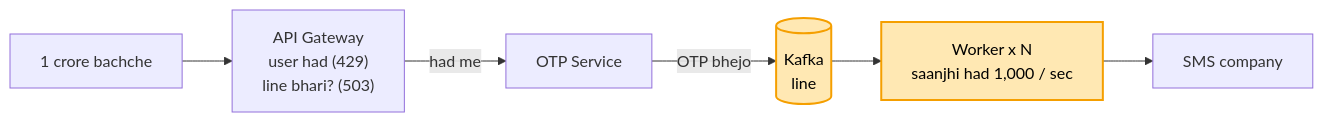
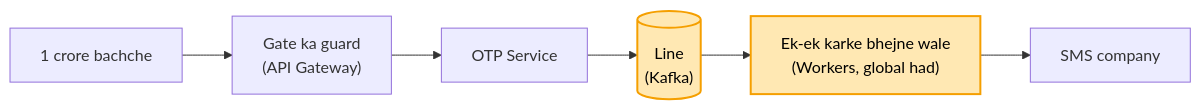
One commit to ArpanMaheshwari144/Prep changed the fourth of 4 diagrams in 04_HLD/SYSTEM_DESIGNS/02_rate_limiter/02_rate_limiter.md. Above: the diagram before and after it, drawn with Mermaid. The commit also changed other lines of this file and 13 other files, not shown here.

````diff
--- a/04_HLD/SYSTEM_DESIGNS/02_rate_limiter/02_rate_limiter.md
+++ b/04_HLD/SYSTEM_DESIGNS/02_rate_limiter/02_rate_limiter.md
@@ -368,10 +144,10 @@
 ```mermaid
 flowchart LR
-    U["1 crore bachche"] --> G["API Gateway<br/>user had (429)<br/>line bhari? (503)"]
-    G -- "had me" --> O["OTP Service"]
-    O -- "OTP bhejo" --> K[("Kafka<br/>line")]
-    K --> WK["Worker x N<br/>saanjhi had 1,000 / sec"]
+    U["1 crore bachche"] --> G["Gate ka guard<br/>(API Gateway)"]
+    G --> O["OTP Service"]
+    O --> K[("Line<br/>(Kafka)")]
+    K --> WK["Ek-ek karke bhejne wale<br/>(Workers, global had)"]
     WK --> SMS["SMS company"]
     style K fill:#ffe8b3,stroke:#f59f00,stroke-width:2px,color:#000
     style WK fill:#ffe8b3,stroke:#f59f00,stroke-width:2px,color:#000
 ```
````
